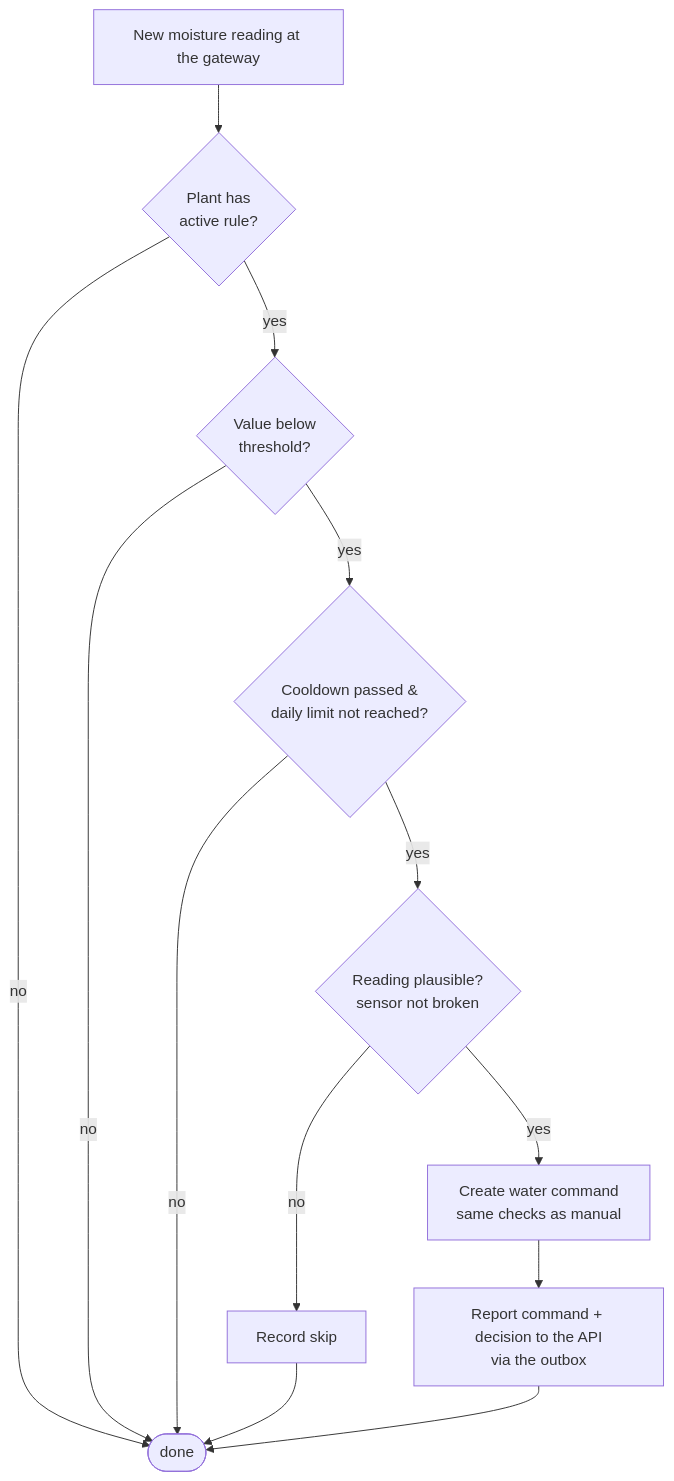
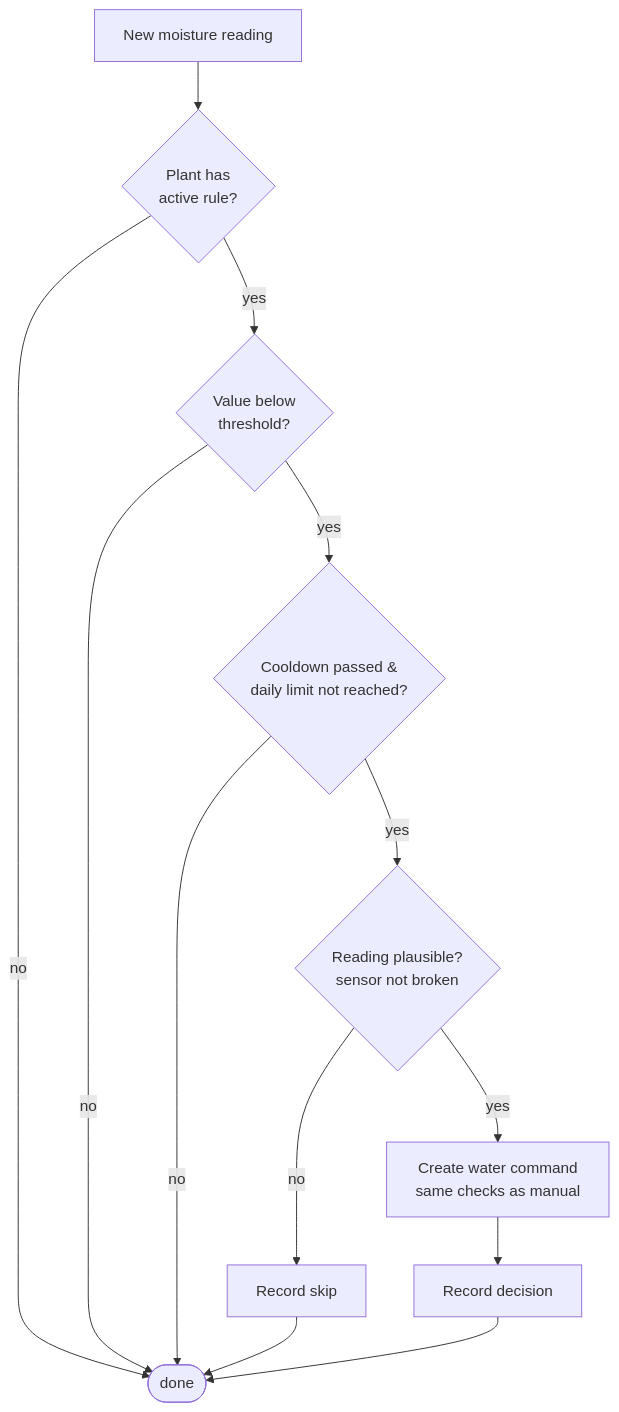
One commit to Hansom17/MoistureController changed the eighth of 8 diagrams in PROJECT.md. Above: the diagram before and after it, drawn with Mermaid. The commit also changed other lines of this file and 504 other files, not shown here.

First line of the commit message:
Restructure into PlantModule/Gateway/Server/App and rewrite specs for the Zigbee hub design

````diff
--- a/PROJECT.md
+++ b/PROJECT.md
@@ -452,14 +303,13 @@
 ```mermaid
 flowchart TD
-    A[New moisture reading at the gateway] --> B{Plant has<br/>active rule?}
+    A[New moisture reading] --> B{Plant has<br/>active rule?}
     B -->|no| Z([done])
     B -->|yes| C{Value below<br/>threshold?}
     C -->|no| Z
     C -->|yes| D{Cooldown passed &<br/>daily limit not reached?}
     D -->|no| Z
     D -->|yes| E{Reading plausible?<br/>sensor not broken}
     E -->|no| F[Record skip] --> Z
     E -->|yes| G[Create water command<br/>same checks as manual]
-    G --> H[Report command + decision to the API<br/>via the outbox]
-    H --> Z
+    G --> H[Record decision] --> Z
 ```
````
